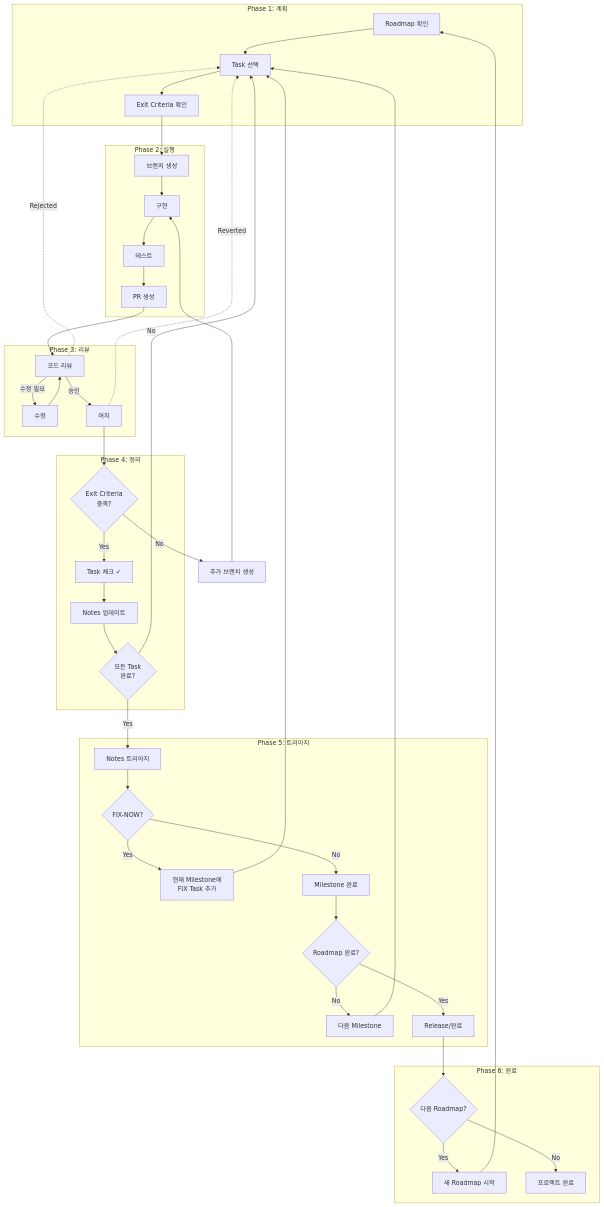
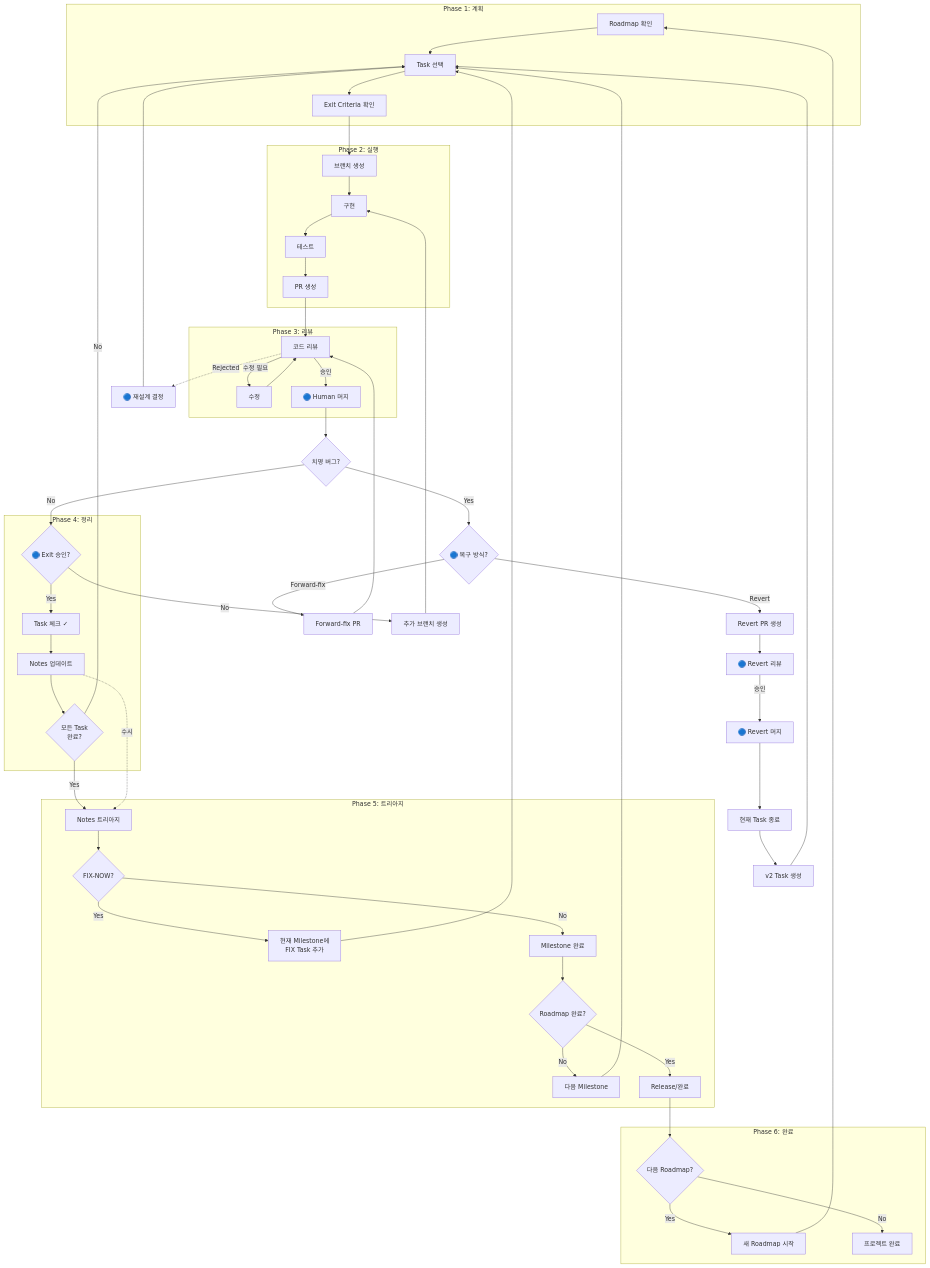
One commit to cagojeiger/code-hub changed the second of 8 diagrams in docs/workflow.md. Above: the diagram before and after it, drawn with Mermaid. The commit also changed other lines of this file, not shown here.

First line of the commit message:
docs(workflow): clarify Human roles and simplify edge case handling

````diff
--- a/docs/workflow.md
+++ b/docs/workflow.md
@@ -51,67 +57,78 @@
 ```mermaid
 flowchart TB
     subgraph Phase1["Phase 1: 계획"]
         ROADMAP_CHECK[Roadmap 확인]
         TASK_SELECT[Task 선택]
         EXIT_CONFIRM[Exit Criteria 확인]
     end
 
     subgraph Phase2["Phase 2: 실행"]
         BRANCH[브랜치 생성]
         IMPL[구현]
         TEST[테스트]
         PR_CREATE[PR 생성]
     end
 
     subgraph Phase3["Phase 3: 리뷰"]
         REVIEW[코드 리뷰]
         FIX[수정]
-        MERGE[머지]
+        MERGE[🔵 Human 머지]
     end
 
     subgraph Phase4["Phase 4: 정리"]
-        EXIT_MET{Exit Criteria<br/>충족?}
+        EXIT_MET{🔵 Exit 승인?}
         TASK_CHECK[Task 체크 ✓]
         NOTES_UPDATE[Notes 업데이트]
         ALL_DONE{모든 Task<br/>완료?}
     end
 
     subgraph Phase5["Phase 5: 트리아지"]
         TRIAGE[Notes 트리아지]
         FIX_NOW{FIX-NOW?}
         FIX_TASK[현재 Milestone에<br/>FIX Task 추가]
         MS_DONE[Milestone 완료]
         ROADMAP_DONE{Roadmap 완료?}
         NEXT_MS[다음 Milestone]
         RELEASE[Release/완료]
     end
 
     ROADMAP_CHECK --> TASK_SELECT --> EXIT_CONFIRM --> BRANCH
     BRANCH --> IMPL --> TEST --> PR_CREATE --> REVIEW
     REVIEW -->|수정 필요| FIX --> REVIEW
     REVIEW -->|승인| MERGE
-    REVIEW -.->|Rejected| TASK_SELECT
+    REVIEW -.->|Rejected| REDESIGN[🔵 재설계 결정]
+    REDESIGN --> TASK_SELECT
 
-    MERGE --> EXIT_MET
-    MERGE -.->|Reverted| TASK_SELECT
+    MERGE --> CRITICAL{치명 버그?}
+    CRITICAL -->|No| EXIT_MET
+    CRITICAL -->|Yes| FIX_CHOICE{🔵 복구 방식?}
+    FIX_CHOICE -->|Revert| REVERT_PR[Revert PR 생성]
+    FIX_CHOICE -->|Forward-fix| FORWARD_FIX[Forward-fix PR]
+    REVERT_PR --> REVERT_REVIEW[🔵 Revert 리뷰]
+    FORWARD_FIX --> REVIEW
+    REVERT_REVIEW -->|승인| REVERT_MERGE[🔵 Revert 머지]
+    REVERT_MERGE --> TASK_CLOSED[현재 Task 종료]
+    TASK_CLOSED --> V2_TASK[v2 Task 생성]
+    V2_TASK --> TASK_SELECT
     EXIT_MET -->|No| NEW_BRANCH[추가 브랜치 생성]
     NEW_BRANCH --> IMPL
     EXIT_MET -->|Yes| TASK_CHECK --> NOTES_UPDATE --> ALL_DONE
 
     ALL_DONE -->|No| TASK_SELECT
     ALL_DONE -->|Yes| TRIAGE
+    NOTES_UPDATE -.->|수시| TRIAGE
 
     TRIAGE --> FIX_NOW
     FIX_NOW -->|Yes| FIX_TASK --> TASK_SELECT
     FIX_NOW -->|No| MS_DONE --> ROADMAP_DONE
     ROADMAP_DONE -->|No| NEXT_MS --> TASK_SELECT
     ROADMAP_DONE -->|Yes| RELEASE
 
     subgraph Phase6["Phase 6: 완료"]
         RELEASE --> NEXT_ROADMAP{다음 Roadmap?}
         NEXT_ROADMAP -->|Yes| NEW_ROADMAP[새 Roadmap 시작]
         NEXT_ROADMAP -->|No| PROJECT_DONE[프로젝트 완료]
     end
 
     NEW_ROADMAP --> ROADMAP_CHECK
 ```
````
